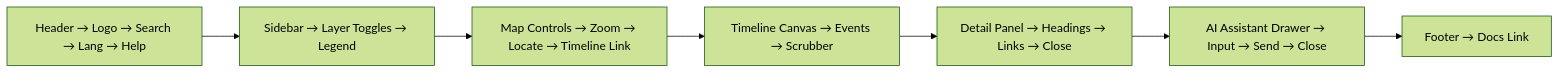
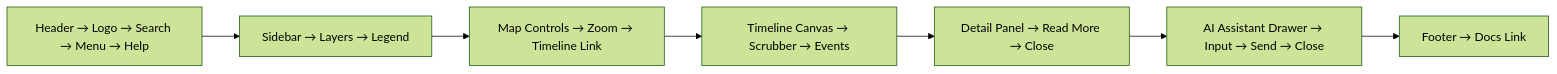
Before and after one commit to bartytime4life/Kansas-Frontier-Matrix: the diagram in docs/design/reviews/accessibility/templates/README.md, drawn with Mermaid (forest theme). The commit also changed other lines of this file, not shown here.

````diff
--- a/docs/design/reviews/accessibility/templates/README.md
+++ b/docs/design/reviews/accessibility/templates/README.md
@@ -129,10 +141,9 @@
 ```mermaid
 flowchart LR
-  A["Header → Logo → Search → Lang → Help"]
-  --> B["Sidebar → Layer Toggles → Legend"]
-  B-->C["Map Controls → Zoom → Locate → Timeline Link"]
-  C-->D["Timeline Canvas → Events → Scrubber"]
-  D-->E["Detail Panel → Headings → Links → Close"]
-  E-->F["AI Assistant Drawer → Input → Send → Close"]
-  F-->G["Footer → Docs Link"]
+  A["Header → Logo → Search → Menu → Help"] --> B["Sidebar → Layers → Legend"]
+  B --> C["Map Controls → Zoom → Timeline Link"]
+  C --> D["Timeline Canvas → Scrubber → Events"]
+  D --> E["Detail Panel → Read More → Close"]
+  E --> F["AI Assistant Drawer → Input → Send → Close"]
+  F --> G["Footer → Docs Link"]
 ```
````
